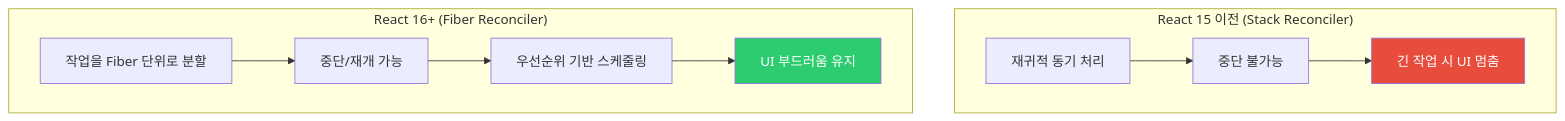
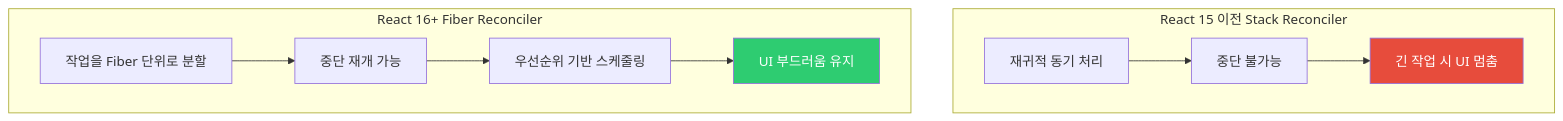
One commit to yjkim2015/yjkim2015.github.io changed the third of 6 diagrams in _posts/frontend/2026-05-02-react-fundamentals.md. Above: the diagram before and after it, drawn with Mermaid. The commit also changed other lines of this file and 122 other files, not shown here.

````diff
--- a/_posts/frontend/2026-05-02-react-fundamentals.md
+++ b/_posts/frontend/2026-05-02-react-fundamentals.md
@@ -170,18 +144,18 @@
 ```mermaid
 graph TD
-    subgraph "React 15 이전 (Stack Reconciler)"
+    subgraph "React 15 이전 Stack Reconciler"
         OLD["재귀적 동기 처리"]
         OLD --> BLOCK["중단 불가능"]
         BLOCK --> FREEZE["긴 작업 시 UI 멈춤"]
     end
 
-    subgraph "React 16+ (Fiber Reconciler)"
+    subgraph "React 16+ Fiber Reconciler"
         NEW["작업을 Fiber 단위로 분할"]
-        NEW --> PAUSE["중단/재개 가능"]
+        NEW --> PAUSE["중단 재개 가능"]
         PAUSE --> PRIORITY["우선순위 기반 스케줄링"]
         PRIORITY --> SMOOTH["UI 부드러움 유지"]
     end
 
     style FREEZE fill:#e74c3c,color:#fff
     style SMOOTH fill:#2ecc71,color:#fff
 ```
````
